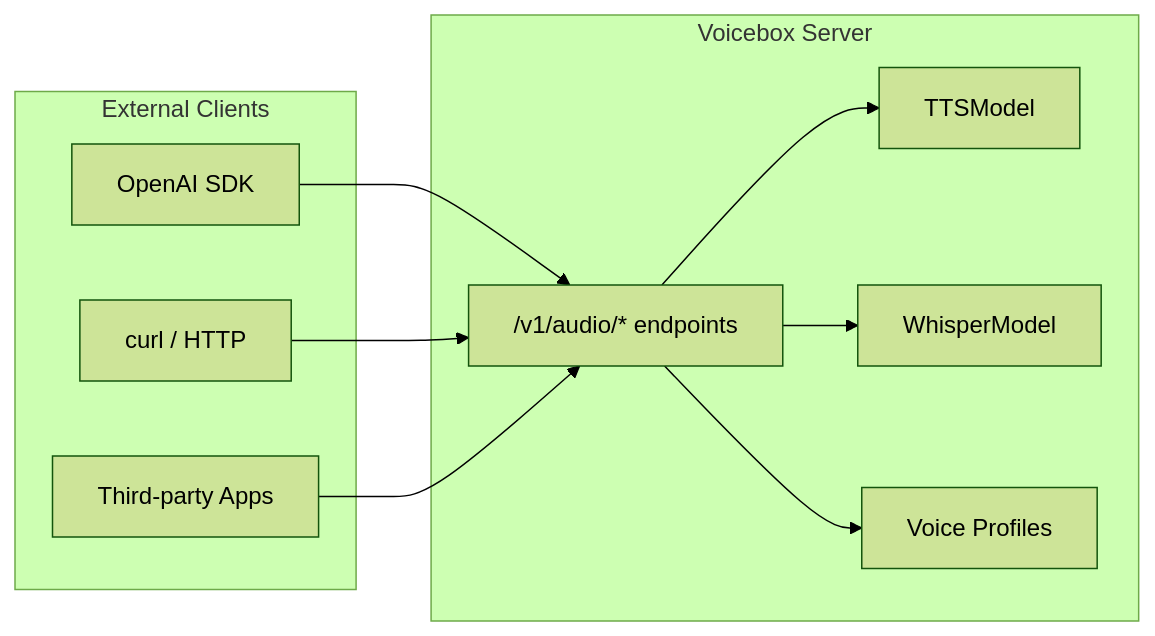
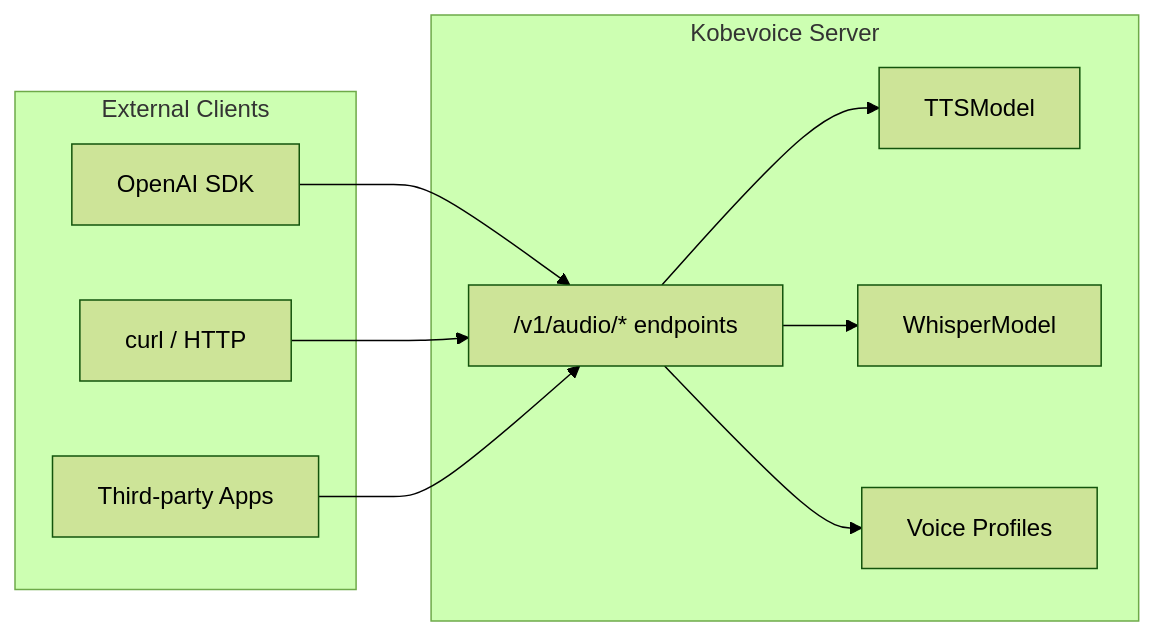
The diagram in docs/plans/OPENAI_SUPPORT.md (KobepayTech/kobevoice), drawn with Mermaid (forest theme) before and after one commit. The commit also changed other lines of this file and 190 other files, not shown here.

First line of the commit message:
Rebrand application from Voicebox to Kobevoice

````diff
--- a/docs/plans/OPENAI_SUPPORT.md
+++ b/docs/plans/OPENAI_SUPPORT.md
@@ -11,22 +11,22 @@
 ```mermaid
 flowchart LR
     subgraph clients [External Clients]
         SDK[OpenAI SDK]
         Curl[curl / HTTP]
         Apps[Third-party Apps]
     end
     
-    subgraph voicebox [Voicebox Server]
+    subgraph kobevoice [Kobevoice Server]
         OpenAI["/v1/audio/* endpoints"]
         TTS[TTSModel]
         Whisper[WhisperModel]
         Profiles[Voice Profiles]
     end
     
     SDK --> OpenAI
     Curl --> OpenAI
     Apps --> OpenAI
     OpenAI --> TTS
     OpenAI --> Whisper
     OpenAI --> Profiles
 ```
````
